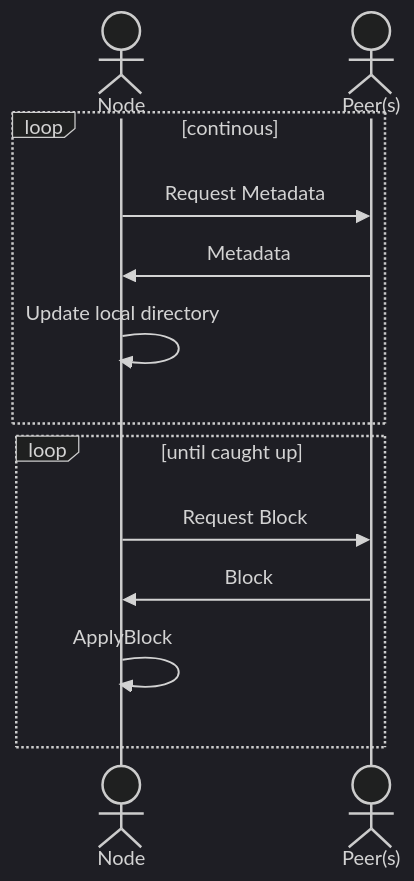
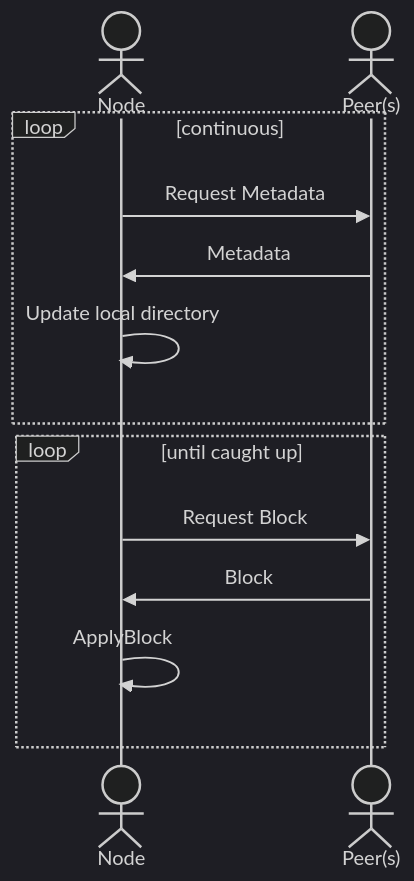
Before and after one commit to pokt-network/pocket: the third of 4 diagrams in consensus/doc/PROTOCOL_STATE_SYNC.md, drawn with Mermaid (dark theme). The commit also changed other lines of this file and 7 other files, not shown here.

````diff
--- a/consensus/doc/PROTOCOL_STATE_SYNC.md
+++ b/consensus/doc/PROTOCOL_STATE_SYNC.md
@@ -150,17 +166,17 @@
 ```mermaid
 sequenceDiagram
   actor N as Node
   actor P as Peer(s)
 
-  loop continous
+  loop continuous
     N ->> P: Request Metadata
     P ->> N: Metadata
     N ->> N: Update local directory
   end
 
   loop until caught up
     N ->> P: Request Block
     P ->> N: Block
     N ->> N: ApplyBlock
   end
 ```
````
